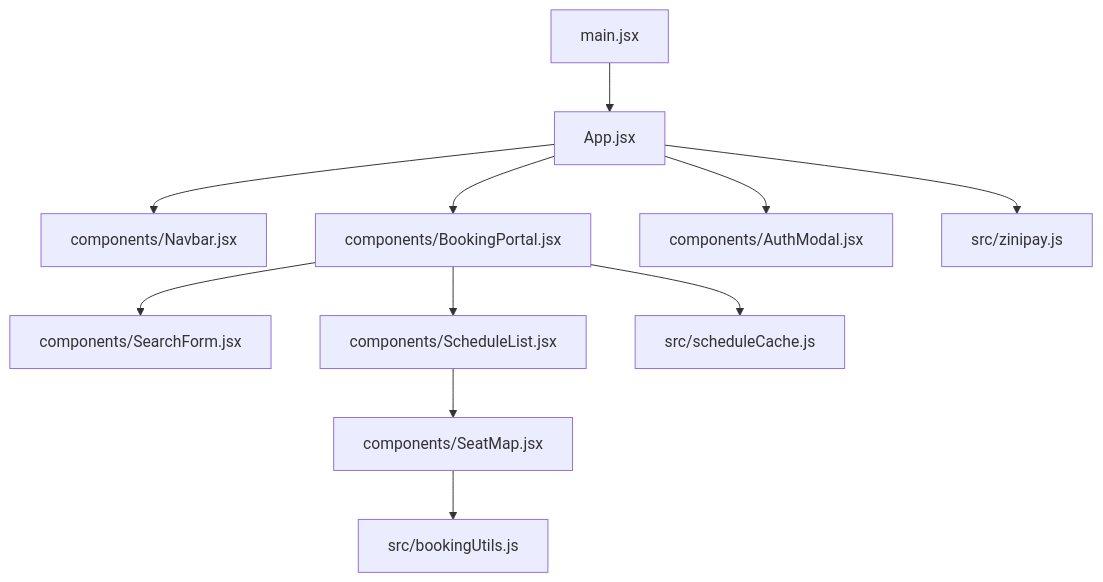
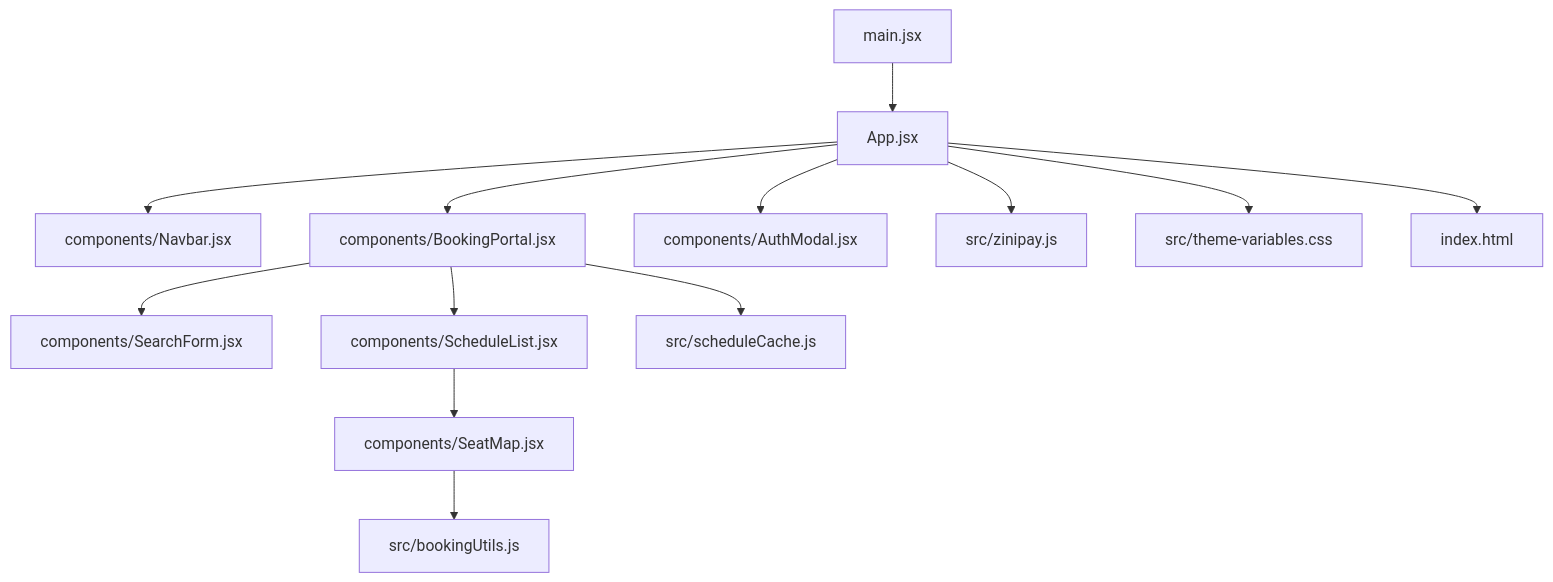
The first of 8 diagrams in .qoder/repowiki/en/content/System Architecture/Frontend Architecture/Frontend Architecture.md (mahbub095/bus-app), drawn with Mermaid before and after one commit. The commit also changed other lines of this file and 115 other files, not shown here.

````diff
--- a/.qoder/repowiki/en/content/System Architecture/Frontend Architecture/Frontend Architecture.md
+++ b/.qoder/repowiki/en/content/System Architecture/Frontend Architecture/Frontend Architecture.md
@@ -53,13 +58,15 @@
 ```mermaid
 graph TB
 A["main.jsx"] --> B["App.jsx"]
 B --> C["components/Navbar.jsx"]
 B --> D["components/BookingPortal.jsx"]
 B --> E["components/AuthModal.jsx"]
 D --> F["components/SearchForm.jsx"]
 D --> G["components/ScheduleList.jsx"]
 G --> H["components/SeatMap.jsx"]
 D --> I["src/scheduleCache.js"]
 H --> J["src/bookingUtils.js"]
 B --> K["src/zinipay.js"]
+B --> L["src/theme-variables.css"]
+B --> M["index.html"]
 ```
````
